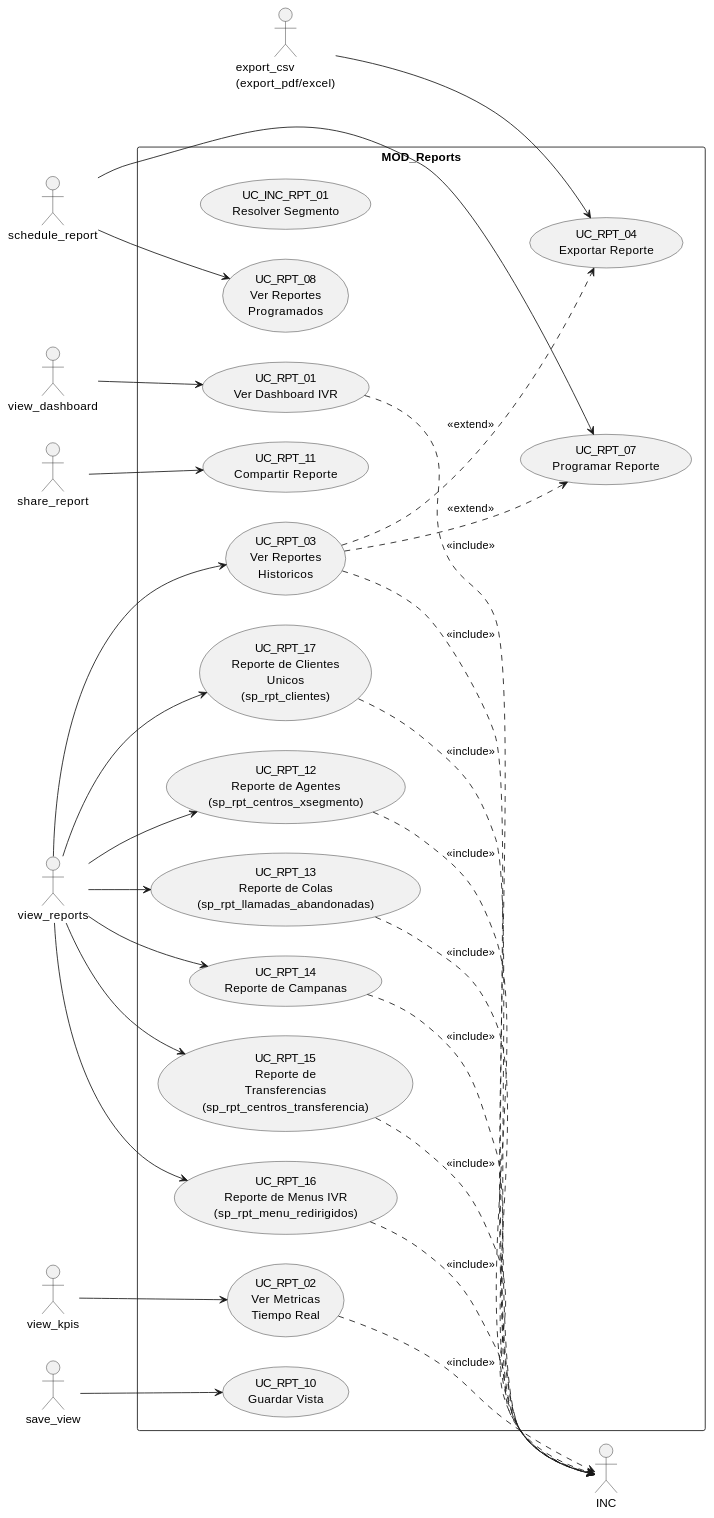
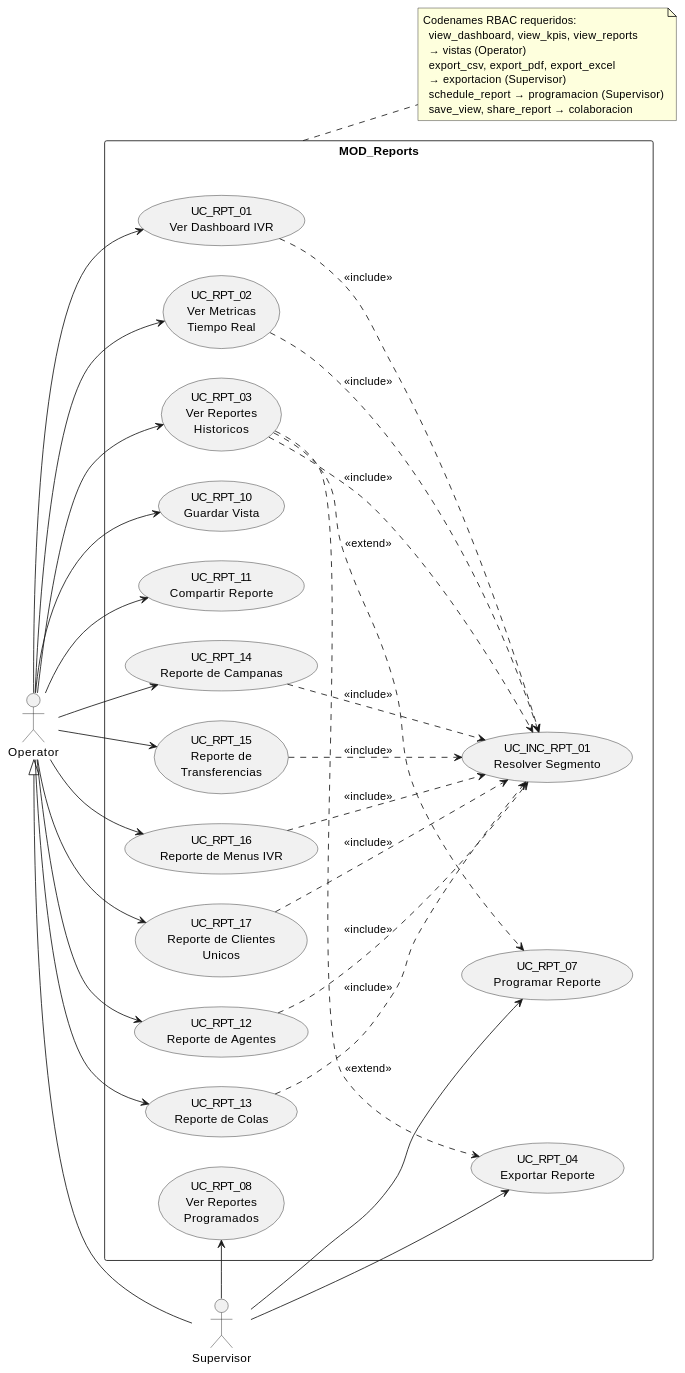
Before and after one commit to jcg-admin/IACT-docs: the diagram in source/arquitectura-tecnica/use-case-view/uc-reports.rst, drawn with PlantUML. The commit also changed other lines of this file and 30 other files, not shown here.

First line of the commit message:
Apply UML-07 conformance to use-case-view: actors as roles

```diff
--- a/source/arquitectura-tecnica/use-case-view/uc-reports.rst
+++ b/source/arquitectura-tecnica/use-case-view/uc-reports.rst
@@ -26,61 +24,70 @@
 .. uml::
- :caption: Figura 20 — MOD_Reports: casos de uso
+ :caption: MOD_Reports — actores canónicos (roles RBAC) y
+           UCs operativos del módulo.
 
  @startuml
  left to right direction
 
- actor "view_dashboard" as view_dashboard
- actor "view_kpis" as view_kpis
- actor "view_reports" as view_reports
- actor "export_csv\n(export_pdf/excel)" as export_csv
- actor "schedule_report" as schedule_report
- actor "save_view" as save_view
- actor "share_report" as share_report
+ actor Operator
+ actor Supervisor
+
+ Operator <|-- Supervisor
 
  rectangle "MOD_Reports" {
-   usecase "UC_INC_RPT_01\nResolver Segmento" as ResolverSegmento
+   usecase "UC_INC_RPT_01\nResolver Segmento" as INC
    usecase "UC_RPT_01\nVer Dashboard IVR" as VER_DASHBOARD_IVR
    usecase "UC_RPT_02\nVer Metricas\nTiempo Real" as VER_METRICAS_TIEMPO_REAL
    usecase "UC_RPT_03\nVer Reportes\nHistoricos" as VER_REPORTES_HISTORICOS
    usecase "UC_RPT_04\nExportar Reporte" as EXPORTAR_REPORTE
    usecase "UC_RPT_07\nProgramar Reporte" as PROGRAMAR_REPORTE
    usecase "UC_RPT_08\nVer Reportes\nProgramados" as VER_REPORTES_PROGRAMADOS
    usecase "UC_RPT_10\nGuardar Vista" as GUARDAR_VISTA
    usecase "UC_RPT_11\nCompartir Reporte" as COMPARTIR_REPORTE
-   usecase "UC_RPT_12\nReporte de Agentes\n(sp_rpt_centros_xsegmento)" as REPORTE_AGENTES
-   usecase "UC_RPT_13\nReporte de Colas\n(sp_rpt_llamadas_abandonadas)" as REPORTE_COLAS
+   usecase "UC_RPT_12\nReporte de Agentes" as REPORTE_AGENTES
+   usecase "UC_RPT_13\nReporte de Colas" as REPORTE_COLAS
    usecase "UC_RPT_14\nReporte de Campanas" as REPORTE_CAMPANAS
-   usecase "UC_RPT_15\nReporte de\nTransferencias\n(sp_rpt_centros_transferencia)" as REPORTE_TRANSFERENCIAS
-   usecase "UC_RPT_16\nReporte de Menus IVR\n(sp_rpt_menu_redirigidos)" as REPORTE_MENUS_IVR
-   usecase "UC_RPT_17\nReporte de Clientes\nUnicos\n(sp_rpt_clientes)" as REPORTE_CLIENTES_UNICOS
+   usecase "UC_RPT_15\nReporte de\nTransferencias" as REPORTE_TRANSFERENCIAS
+   usecase "UC_RPT_16\nReporte de Menus IVR" as REPORTE_MENUS_IVR
+   usecase "UC_RPT_17\nReporte de Clientes\nUnicos" as REPORTE_CLIENTES_UNICOS
  }
 
- view_dashboard --> VER_DASHBOARD_IVR
- view_kpis --> VER_METRICAS_TIEMPO_REAL
- view_reports --> VER_REPORTES_HISTORICOS
- export_csv --> EXPORTAR_REPORTE
- schedule_report --> PROGRAMAR_REPORTE
- schedule_report --> VER_REPORTES_PROGRAMADOS
- save_view --> GUARDAR_VISTA
- share_report --> COMPARTIR_REPORTE
- view_reports --> REPORTE_AGENTES
- view_reports --> REPORTE_COLAS
- view_reports --> REPORTE_CAMPANAS
- view_reports --> REPORTE_TRANSFERENCIAS
- view_reports --> REPORTE_MENUS_IVR
- view_reports --> REPORTE_CLIENTES_UNICOS
+ Operator --> VER_DASHBOARD_IVR
+ Operator --> VER_METRICAS_TIEMPO_REAL
+ Operator --> VER_REPORTES_HISTORICOS
+ Operator --> REPORTE_AGENTES
+ Operator --> REPORTE_COLAS
+ Operator --> REPORTE_CAMPANAS
+ Operator --> REPORTE_TRANSFERENCIAS
+ Operator --> REPORTE_MENUS_IVR
+ Operator --> REPORTE_CLIENTES_UNICOS
+ Operator --> GUARDAR_VISTA
+ Operator --> COMPARTIR_REPORTE
+
+ Supervisor --> EXPORTAR_REPORTE
+ Supervisor --> PROGRAMAR_REPORTE
+ Supervisor --> VER_REPORTES_PROGRAMADOS
 
  VER_DASHBOARD_IVR ..> INC : <<include>>
  VER_METRICAS_TIEMPO_REAL ..> INC : <<include>>
  VER_REPORTES_HISTORICOS ..> INC : <<include>>
  REPORTE_AGENTES ..> INC : <<include>>
  REPORTE_COLAS ..> INC : <<include>>
  REPORTE_CAMPANAS ..> INC : <<include>>
  REPORTE_TRANSFERENCIAS ..> INC : <<include>>
  REPORTE_MENUS_IVR ..> INC : <<include>>
  REPORTE_CLIENTES_UNICOS ..> INC : <<include>>
 
  VER_REPORTES_HISTORICOS ..> EXPORTAR_REPORTE : <<extend>>
  VER_REPORTES_HISTORICOS ..> PROGRAMAR_REPORTE : <<extend>>
 
+ note right of MOD_Reports
+   Codenames RBAC requeridos:
+     view_dashboard, view_kpis, view_reports
+     → vistas (Operator)
+     export_csv, export_pdf, export_excel
+     → exportacion (Supervisor)
+     schedule_report → programacion (Supervisor)
+     save_view, share_report → colaboracion
+ end note
+
  @enduml
```
